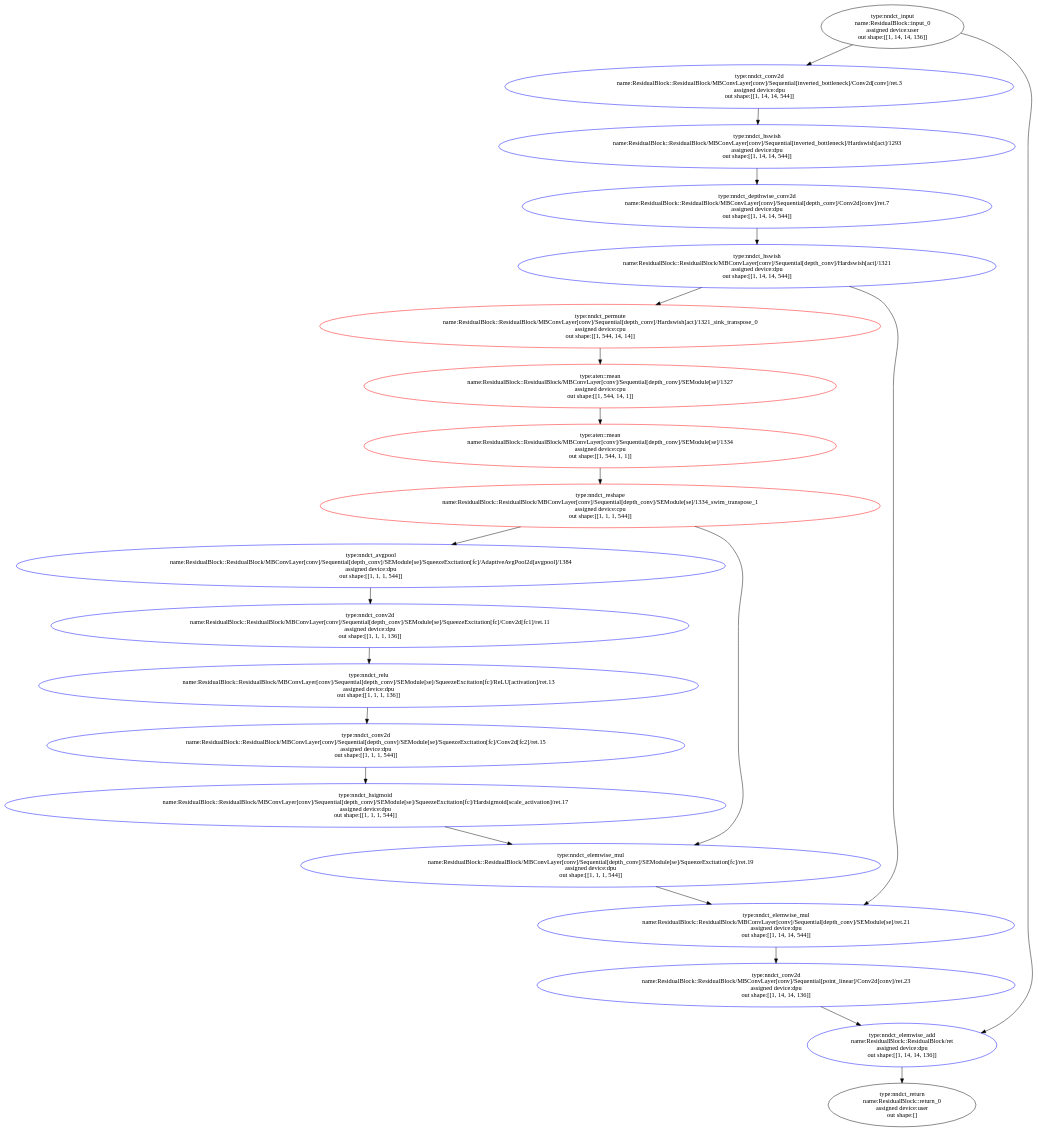
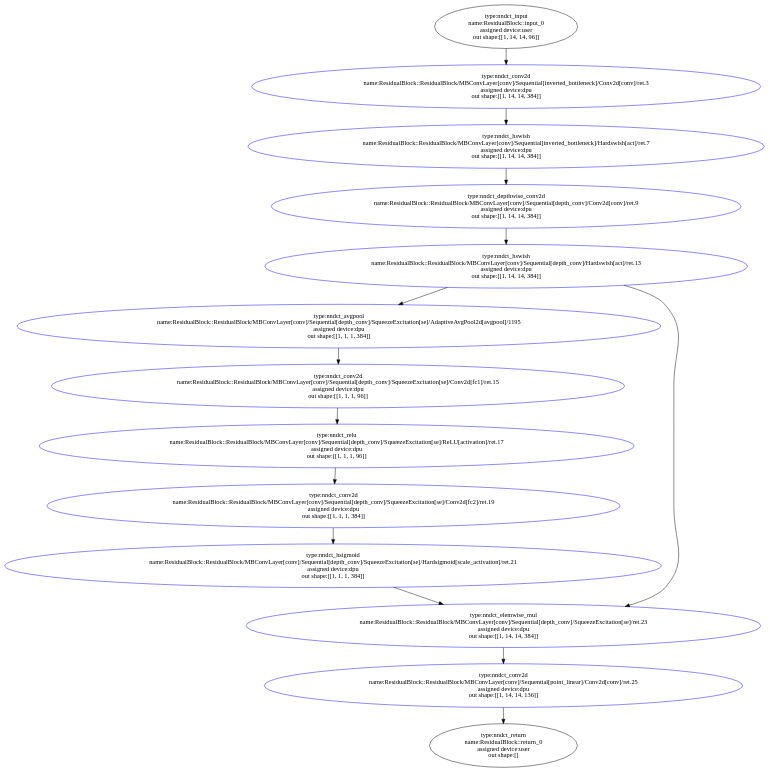
One commit to amitpant7/Quantizing-Efficientnetv2-using-Vitis-AI-Pytorch changed the diagram in blocks_quantization_vitis_ai_3.0/inspect/inspect_DPUCZDX8G_ISA1_B2304.gv. Above: the diagram before and after it, drawn with Graphviz. The commit also changed 215 other files, not shown here.

```diff
--- a/blocks_quantization_vitis_ai_3.0/inspect/inspect_DPUCZDX8G_ISA1_B2304.gv
+++ b/blocks_quantization_vitis_ai_3.0/inspect/inspect_DPUCZDX8G_ISA1_B2304.gv
@@ -1,99 +1,67 @@
 digraph ResidualBlock {
 	input_0 [label="type:nndct_input
 name:ResidualBlock::input_0
 assigned device:user
-out shape:[[1, 14, 14, 136]]" color=black]
+out shape:[[1, 14, 14, 96]]" color=black]
 	"ResidualBlock/MBConvLayer[conv]/Sequential[inverted_bottleneck]/Conv2d[conv]/ret.3" [label="type:nndct_conv2d
 name:ResidualBlock::ResidualBlock/MBConvLayer[conv]/Sequential[inverted_bottleneck]/Conv2d[conv]/ret.3
 assigned device:dpu
-out shape:[[1, 14, 14, 544]]" color=blue]
-	"ResidualBlock/MBConvLayer[conv]/Sequential[inverted_bottleneck]/Hardswish[act]/1293" [label="type:nndct_hswish
-name:ResidualBlock::ResidualBlock/MBConvLayer[conv]/Sequential[inverted_bottleneck]/Hardswish[act]/1293
+out shape:[[1, 14, 14, 384]]" color=blue]
+	"ResidualBlock/MBConvLayer[conv]/Sequential[inverted_bottleneck]/Hardswish[act]/ret.7" [label="type:nndct_hswish
+name:ResidualBlock::ResidualBlock/MBConvLayer[conv]/Sequential[inverted_bottleneck]/Hardswish[act]/ret.7
 assigned device:dpu
-out shape:[[1, 14, 14, 544]]" color=blue]
-	"ResidualBlock/MBConvLayer[conv]/Sequential[depth_conv]/Conv2d[conv]/ret.7" [label="type:nndct_depthwise_conv2d
-name:ResidualBlock::ResidualBlock/MBConvLayer[conv]/Sequential[depth_conv]/Conv2d[conv]/ret.7
+out shape:[[1, 14, 14, 384]]" color=blue]
+	"ResidualBlock/MBConvLayer[conv]/Sequential[depth_conv]/Conv2d[conv]/ret.9" [label="type:nndct_depthwise_conv2d
+name:ResidualBlock::ResidualBlock/MBConvLayer[conv]/Sequential[depth_conv]/Conv2d[conv]/ret.9
 assigned device:dpu
-out shape:[[1, 14, 14, 544]]" color=blue]
-	"ResidualBlock/MBConvLayer[conv]/Sequential[depth_conv]/Hardswish[act]/1321" [label="type:nndct_hswish
-name:ResidualBlock::ResidualBlock/MBConvLayer[conv]/Sequential[depth_conv]/Hardswish[act]/1321
+out shape:[[1, 14, 14, 384]]" color=blue]
+	"ResidualBlock/MBConvLayer[conv]/Sequential[depth_conv]/Hardswish[act]/ret.13" [label="type:nndct_hswish
+name:ResidualBlock::ResidualBlock/MBConvLayer[conv]/Sequential[depth_conv]/Hardswish[act]/ret.13
 assigned device:dpu
-out shape:[[1, 14, 14, 544]]" color=blue]
-	"ResidualBlock/MBConvLayer[conv]/Sequential[depth_conv]/Hardswish[act]/1321_sink_transpose_0" [label="type:nndct_permute
-name:ResidualBlock::ResidualBlock/MBConvLayer[conv]/Sequential[depth_conv]/Hardswish[act]/1321_sink_transpose_0
-assigned device:cpu
-out shape:[[1, 544, 14, 14]]" color=red]
-	"ResidualBlock/MBConvLayer[conv]/Sequential[depth_conv]/SEModule[se]/1327" [label="type:aten::mean
-name:ResidualBlock::ResidualBlock/MBConvLayer[conv]/Sequential[depth_conv]/SEModule[se]/1327
-assigned device:cpu
-out shape:[[1, 544, 14, 1]]" color=red]
-	"ResidualBlock/MBConvLayer[conv]/Sequential[depth_conv]/SEModule[se]/1334" [label="type:aten::mean
-name:ResidualBlock::ResidualBlock/MBConvLayer[conv]/Sequential[depth_conv]/SEModule[se]/1334
-assigned device:cpu
-out shape:[[1, 544, 1, 1]]" color=red]
-	"ResidualBlock/MBConvLayer[conv]/Sequential[depth_conv]/SEModule[se]/1334_swim_transpose_1" [label="type:nndct_reshape
-name:ResidualBlock::ResidualBlock/MBConvLayer[conv]/Sequential[depth_conv]/SEModule[se]/1334_swim_transpose_1
-assigned device:cpu
-out shape:[[1, 1, 1, 544]]" color=red]
-	"ResidualBlock/MBConvLayer[conv]/Sequential[depth_conv]/SEModule[se]/SqueezeExcitation[fc]/AdaptiveAvgPool2d[avgpool]/1384" [label="type:nndct_avgpool
-name:ResidualBlock::ResidualBlock/MBConvLayer[conv]/Sequential[depth_conv]/SEModule[se]/SqueezeExcitation[fc]/AdaptiveAvgPool2d[avgpool]/1384
+out shape:[[1, 14, 14, 384]]" color=blue]
+	"ResidualBlock/MBConvLayer[conv]/Sequential[depth_conv]/SqueezeExcitation[se]/AdaptiveAvgPool2d[avgpool]/1195" [label="type:nndct_avgpool
+name:ResidualBlock::ResidualBlock/MBConvLayer[conv]/Sequential[depth_conv]/SqueezeExcitation[se]/AdaptiveAvgPool2d[avgpool]/1195
 assigned device:dpu
-out shape:[[1, 1, 1, 544]]" color=blue]
-	"ResidualBlock/MBConvLayer[conv]/Sequential[depth_conv]/SEModule[se]/SqueezeExcitation[fc]/Conv2d[fc1]/ret.11" [label="type:nndct_conv2d
-name:ResidualBlock::ResidualBlock/MBConvLayer[conv]/Sequential[depth_conv]/SEModule[se]/SqueezeExcitation[fc]/Conv2d[fc1]/ret.11
+out shape:[[1, 1, 1, 384]]" color=blue]
+	"ResidualBlock/MBConvLayer[conv]/Sequential[depth_conv]/SqueezeExcitation[se]/Conv2d[fc1]/ret.15" [label="type:nndct_conv2d
+name:ResidualBlock::ResidualBlock/MBConvLayer[conv]/Sequential[depth_conv]/SqueezeExcitation[se]/Conv2d[fc1]/ret.15
 assigned device:dpu
-out shape:[[1, 1, 1, 136]]" color=blue]
-	"ResidualBlock/MBConvLayer[conv]/Sequential[depth_conv]/SEModule[se]/SqueezeExcitation[fc]/ReLU[activation]/ret.13" [label="type:nndct_relu
-name:ResidualBlock::ResidualBlock/MBConvLayer[conv]/Sequential[depth_conv]/SEModule[se]/SqueezeExcitation[fc]/ReLU[activation]/ret.13
+out shape:[[1, 1, 1, 96]]" color=blue]
+	"ResidualBlock/MBConvLayer[conv]/Sequential[depth_conv]/SqueezeExcitation[se]/ReLU[activation]/ret.17" [label="type:nndct_relu
+name:ResidualBlock::ResidualBlock/MBConvLayer[conv]/Sequential[depth_conv]/SqueezeExcitation[se]/ReLU[activation]/ret.17
 assigned device:dpu
-out shape:[[1, 1, 1, 136]]" color=blue]
-	"ResidualBlock/MBConvLayer[conv]/Sequential[depth_conv]/SEModule[se]/SqueezeExcitation[fc]/Conv2d[fc2]/ret.15" [label="type:nndct_conv2d
-name:ResidualBlock::ResidualBlock/MBConvLayer[conv]/Sequential[depth_conv]/SEModule[se]/SqueezeExcitation[fc]/Conv2d[fc2]/ret.15
+out shape:[[1, 1, 1, 96]]" color=blue]
+	"ResidualBlock/MBConvLayer[conv]/Sequential[depth_conv]/SqueezeExcitation[se]/Conv2d[fc2]/ret.19" [label="type:nndct_conv2d
+name:ResidualBlock::ResidualBlock/MBConvLayer[conv]/Sequential[depth_conv]/SqueezeExcitation[se]/Conv2d[fc2]/ret.19
 assigned device:dpu
-out shape:[[1, 1, 1, 544]]" color=blue]
-	"ResidualBlock/MBConvLayer[conv]/Sequential[depth_conv]/SEModule[se]/SqueezeExcitation[fc]/Hardsigmoid[scale_activation]/ret.17" [label="type:nndct_hsigmoid
-name:ResidualBlock::ResidualBlock/MBConvLayer[conv]/Sequential[depth_conv]/SEModule[se]/SqueezeExcitation[fc]/Hardsigmoid[scale_activation]/ret.17
+out shape:[[1, 1, 1, 384]]" color=blue]
+	"ResidualBlock/MBConvLayer[conv]/Sequential[depth_conv]/SqueezeExcitation[se]/Hardsigmoid[scale_activation]/ret.21" [label="type:nndct_hsigmoid
+name:ResidualBlock::ResidualBlock/MBConvLayer[conv]/Sequential[depth_conv]/SqueezeExcitation[se]/Hardsigmoid[scale_activation]/ret.21
 assigned device:dpu
-out shape:[[1, 1, 1, 544]]" color=blue]
-	"ResidualBlock/MBConvLayer[conv]/Sequential[depth_conv]/SEModule[se]/SqueezeExcitation[fc]/ret.19" [label="type:nndct_elemwise_mul
-name:ResidualBlock::ResidualBlock/MBConvLayer[conv]/Sequential[depth_conv]/SEModule[se]/SqueezeExcitation[fc]/ret.19
+out shape:[[1, 1, 1, 384]]" color=blue]
+	"ResidualBlock/MBConvLayer[conv]/Sequential[depth_conv]/SqueezeExcitation[se]/ret.23" [label="type:nndct_elemwise_mul
+name:ResidualBlock::ResidualBlock/MBConvLayer[conv]/Sequential[depth_conv]/SqueezeExcitation[se]/ret.23
 assigned device:dpu
-out shape:[[1, 1, 1, 544]]" color=blue]
-	"ResidualBlock/MBConvLayer[conv]/Sequential[depth_conv]/SEModule[se]/ret.21" [label="type:nndct_elemwise_mul
-name:ResidualBlock::ResidualBlock/MBConvLayer[conv]/Sequential[depth_conv]/SEModule[se]/ret.21
-assigned device:dpu
-out shape:[[1, 14, 14, 544]]" color=blue]
-	"ResidualBlock/MBConvLayer[conv]/Sequential[point_linear]/Conv2d[conv]/ret.23" [label="type:nndct_conv2d
-name:ResidualBlock::ResidualBlock/MBConvLayer[conv]/Sequential[point_linear]/Conv2d[conv]/ret.23
-assigned device:dpu
-out shape:[[1, 14, 14, 136]]" color=blue]
-	"ResidualBlock/ret" [label="type:nndct_elemwise_add
-name:ResidualBlock::ResidualBlock/ret
+out shape:[[1, 14, 14, 384]]" color=blue]
+	"ResidualBlock/MBConvLayer[conv]/Sequential[point_linear]/Conv2d[conv]/ret.25" [label="type:nndct_conv2d
+name:ResidualBlock::ResidualBlock/MBConvLayer[conv]/Sequential[point_linear]/Conv2d[conv]/ret.25
 assigned device:dpu
 out shape:[[1, 14, 14, 136]]" color=blue]
 	return_0 [label="type:nndct_return
 name:ResidualBlock::return_0
 assigned device:user
 out shape:[]" color=black]
 	input_0 -> "ResidualBlock/MBConvLayer[conv]/Sequential[inverted_bottleneck]/Conv2d[conv]/ret.3"
-	input_0 -> "ResidualBlock/ret"
-	"ResidualBlock/MBConvLayer[conv]/Sequential[inverted_bottleneck]/Conv2d[conv]/ret.3" -> "ResidualBlock/MBConvLayer[conv]/Sequential[inverted_bottleneck]/Hardswish[act]/1293"
-	"ResidualBlock/MBConvLayer[conv]/Sequential[inverted_bottleneck]/Hardswish[act]/1293" -> "ResidualBlock/MBConvLayer[conv]/Sequential[depth_conv]/Conv2d[conv]/ret.7"
-	"ResidualBlock/MBConvLayer[conv]/Sequential[depth_conv]/Conv2d[conv]/ret.7" -> "ResidualBlock/MBConvLayer[conv]/Sequential[depth_conv]/Hardswish[act]/1321"
-	"ResidualBlock/MBConvLayer[conv]/Sequential[depth_conv]/Hardswish[act]/1321" -> "ResidualBlock/MBConvLayer[conv]/Sequential[depth_conv]/SEModule[se]/ret.21"
-	"ResidualBlock/MBConvLayer[conv]/Sequential[depth_conv]/Hardswish[act]/1321" -> "ResidualBlock/MBConvLayer[conv]/Sequential[depth_conv]/Hardswish[act]/1321_sink_transpose_0"
-	"ResidualBlock/MBConvLayer[conv]/Sequential[depth_conv]/Hardswish[act]/1321_sink_transpose_0" -> "ResidualBlock/MBConvLayer[conv]/Sequential[depth_conv]/SEModule[se]/1327"
-	"ResidualBlock/MBConvLayer[conv]/Sequential[depth_conv]/SEModule[se]/1327" -> "ResidualBlock/MBConvLayer[conv]/Sequential[depth_conv]/SEModule[se]/1334"
-	"ResidualBlock/MBConvLayer[conv]/Sequential[depth_conv]/SEModule[se]/1334" -> "ResidualBlock/MBConvLayer[conv]/Sequential[depth_conv]/SEModule[se]/1334_swim_transpose_1"
-	"ResidualBlock/MBConvLayer[conv]/Sequential[depth_conv]/SEModule[se]/1334_swim_transpose_1" -> "ResidualBlock/MBConvLayer[conv]/Sequential[depth_conv]/SEModule[se]/SqueezeExcitation[fc]/ret.19"
-	"ResidualBlock/MBConvLayer[conv]/Sequential[depth_conv]/SEModule[se]/1334_swim_transpose_1" -> "ResidualBlock/MBConvLayer[conv]/Sequential[depth_conv]/SEModule[se]/SqueezeExcitation[fc]/AdaptiveAvgPool2d[avgpool]/1384"
-	"ResidualBlock/MBConvLayer[conv]/Sequential[depth_conv]/SEModule[se]/SqueezeExcitation[fc]/AdaptiveAvgPool2d[avgpool]/1384" -> "ResidualBlock/MBConvLayer[conv]/Sequential[depth_conv]/SEModule[se]/SqueezeExcitation[fc]/Conv2d[fc1]/ret.11"
-	"ResidualBlock/MBConvLayer[conv]/Sequential[depth_conv]/SEModule[se]/SqueezeExcitation[fc]/Conv2d[fc1]/ret.11" -> "ResidualBlock/MBConvLayer[conv]/Sequential[depth_conv]/SEModule[se]/SqueezeExcitation[fc]/ReLU[activation]/ret.13"
-	"ResidualBlock/MBConvLayer[conv]/Sequential[depth_conv]/SEModule[se]/SqueezeExcitation[fc]/ReLU[activation]/ret.13" -> "ResidualBlock/MBConvLayer[conv]/Sequential[depth_conv]/SEModule[se]/SqueezeExcitation[fc]/Conv2d[fc2]/ret.15"
-	"ResidualBlock/MBConvLayer[conv]/Sequential[depth_conv]/SEModule[se]/SqueezeExcitation[fc]/Conv2d[fc2]/ret.15" -> "ResidualBlock/MBConvLayer[conv]/Sequential[depth_conv]/SEModule[se]/SqueezeExcitation[fc]/Hardsigmoid[scale_activation]/ret.17"
-	"ResidualBlock/MBConvLayer[conv]/Sequential[depth_conv]/SEModule[se]/SqueezeExcitation[fc]/Hardsigmoid[scale_activation]/ret.17" -> "ResidualBlock/MBConvLayer[conv]/Sequential[depth_conv]/SEModule[se]/SqueezeExcitation[fc]/ret.19"
-	"ResidualBlock/MBConvLayer[conv]/Sequential[depth_conv]/SEModule[se]/SqueezeExcitation[fc]/ret.19" -> "ResidualBlock/MBConvLayer[conv]/Sequential[depth_conv]/SEModule[se]/ret.21"
-	"ResidualBlock/MBConvLayer[conv]/Sequential[depth_conv]/SEModule[se]/ret.21" -> "ResidualBlock/MBConvLayer[conv]/Sequential[point_linear]/Conv2d[conv]/ret.23"
-	"ResidualBlock/MBConvLayer[conv]/Sequential[point_linear]/Conv2d[conv]/ret.23" -> "ResidualBlock/ret"
-	"ResidualBlock/ret" -> return_0
+	"ResidualBlock/MBConvLayer[conv]/Sequential[inverted_bottleneck]/Conv2d[conv]/ret.3" -> "ResidualBlock/MBConvLayer[conv]/Sequential[inverted_bottleneck]/Hardswish[act]/ret.7"
+	"ResidualBlock/MBConvLayer[conv]/Sequential[inverted_bottleneck]/Hardswish[act]/ret.7" -> "ResidualBlock/MBConvLayer[conv]/Sequential[depth_conv]/Conv2d[conv]/ret.9"
+	"ResidualBlock/MBConvLayer[conv]/Sequential[depth_conv]/Conv2d[conv]/ret.9" -> "ResidualBlock/MBConvLayer[conv]/Sequential[depth_conv]/Hardswish[act]/ret.13"
+	"ResidualBlock/MBConvLayer[conv]/Sequential[depth_conv]/Hardswish[act]/ret.13" -> "ResidualBlock/MBConvLayer[conv]/Sequential[depth_conv]/SqueezeExcitation[se]/AdaptiveAvgPool2d[avgpool]/1195"
+	"ResidualBlock/MBConvLayer[conv]/Sequential[depth_conv]/Hardswish[act]/ret.13" -> "ResidualBlock/MBConvLayer[conv]/Sequential[depth_conv]/SqueezeExcitation[se]/ret.23"
+	"ResidualBlock/MBConvLayer[conv]/Sequential[depth_conv]/SqueezeExcitation[se]/AdaptiveAvgPool2d[avgpool]/1195" -> "ResidualBlock/MBConvLayer[conv]/Sequential[depth_conv]/SqueezeExcitation[se]/Conv2d[fc1]/ret.15"
+	"ResidualBlock/MBConvLayer[conv]/Sequential[depth_conv]/SqueezeExcitation[se]/Conv2d[fc1]/ret.15" -> "ResidualBlock/MBConvLayer[conv]/Sequential[depth_conv]/SqueezeExcitation[se]/ReLU[activation]/ret.17"
+	"ResidualBlock/MBConvLayer[conv]/Sequential[depth_conv]/SqueezeExcitation[se]/ReLU[activation]/ret.17" -> "ResidualBlock/MBConvLayer[conv]/Sequential[depth_conv]/SqueezeExcitation[se]/Conv2d[fc2]/ret.19"
+	"ResidualBlock/MBConvLayer[conv]/Sequential[depth_conv]/SqueezeExcitation[se]/Conv2d[fc2]/ret.19" -> "ResidualBlock/MBConvLayer[conv]/Sequential[depth_conv]/SqueezeExcitation[se]/Hardsigmoid[scale_activation]/ret.21"
+	"ResidualBlock/MBConvLayer[conv]/Sequential[depth_conv]/SqueezeExcitation[se]/Hardsigmoid[scale_activation]/ret.21" -> "ResidualBlock/MBConvLayer[conv]/Sequential[depth_conv]/SqueezeExcitation[se]/ret.23"
+	"ResidualBlock/MBConvLayer[conv]/Sequential[depth_conv]/SqueezeExcitation[se]/ret.23" -> "ResidualBlock/MBConvLayer[conv]/Sequential[point_linear]/Conv2d[conv]/ret.25"
+	"ResidualBlock/MBConvLayer[conv]/Sequential[point_linear]/Conv2d[conv]/ret.25" -> return_0
 }
```
